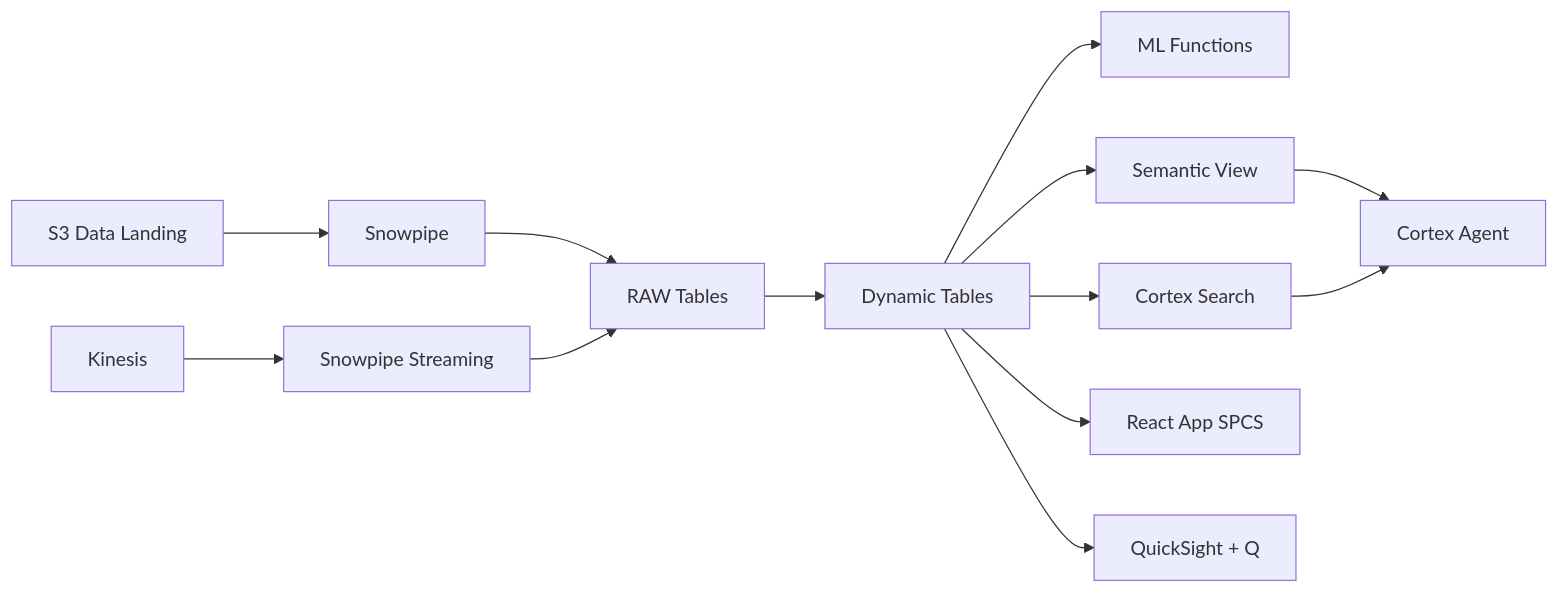
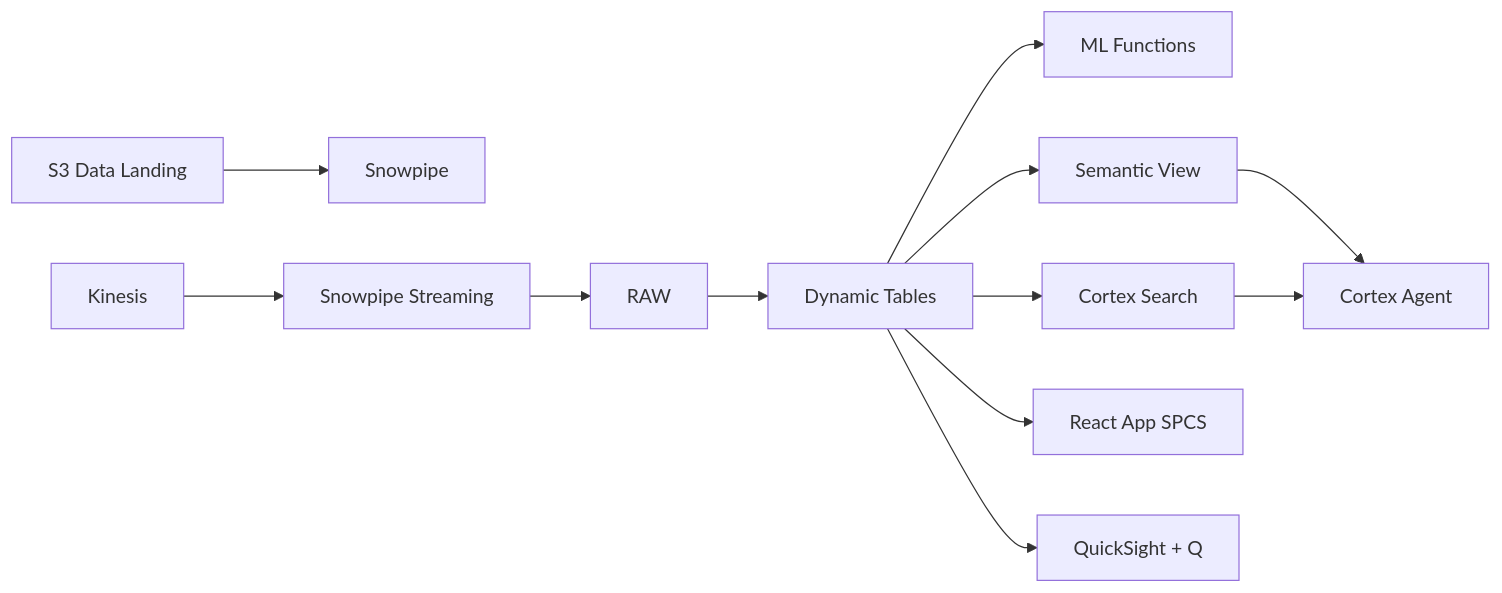
Before and after one commit to sfc-gh-jasvestis/aws-malaysia-islamic-finance-sukuk: the diagram in README.md, drawn with Mermaid. The commit also changed 7 other files, not shown here.

Commit message:
Fix: add all source files, .gitignore, fix Mermaid diagram

````diff
--- a/README.md
+++ b/README.md
@@ -9,15 +9,14 @@
 ```mermaid
 flowchart LR
     S3[S3 Data Landing] --> SP[Snowpipe]
     KIN[Kinesis] --> SPS[Snowpipe Streaming]
-    SP --> RAW[RAW Tables]
     SPS --> RAW
     RAW --> DT[Dynamic Tables]
     DT --> ML[ML Functions]
     DT --> SEARCH[Cortex Search]
     DT --> SV[Semantic View]
     SV --> AGENT[Cortex Agent]
     SEARCH --> AGENT
     DT --> APP[React App SPCS]
     DT --> QS[QuickSight + Q]
 ```
````
